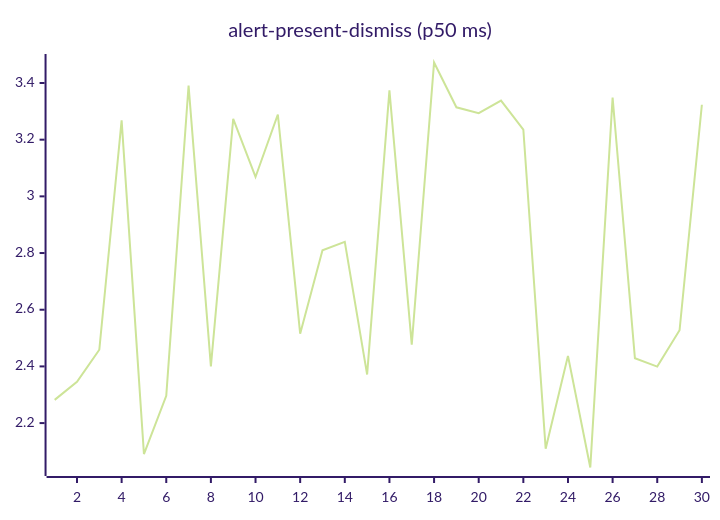
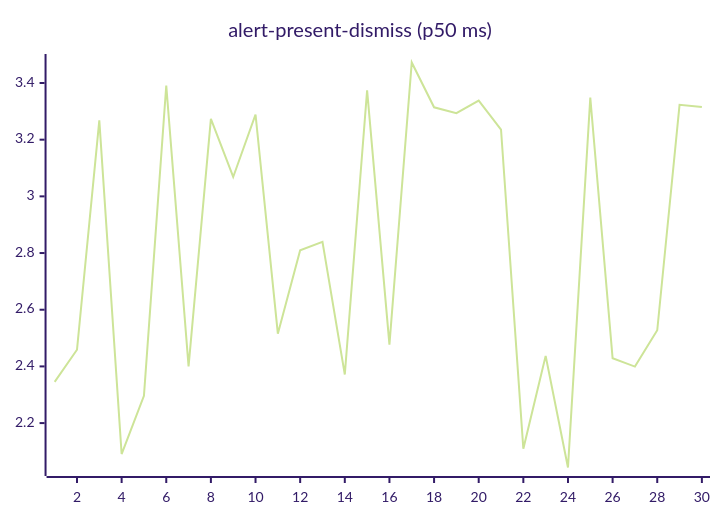
The second of 27 diagrams in README.md (josha/Facet), drawn with Mermaid (forest theme) before and after one commit. The commit also changed other lines of this file and 2 other files, not shown here.

````diff
--- a/README.md
+++ b/README.md
@@ -70,6 +70,6 @@
 ```mermaid
 xychart-beta
     title "alert-present-dismiss (p50 ms)"
     x-axis 1 --> 30
-    line [2.2819, 2.3455, 2.4588, 3.2682, 2.0908, 2.2965, 3.3910, 2.4000, 3.2732, 3.0684, 3.2888, 2.5156, 2.8095, 2.8395, 2.3714, 3.3741, 2.4770, 3.4723, 3.3142, 3.2934, 3.3378, 3.2358, 2.1094, 2.4372, 2.0433, 3.3486, 2.4287, 2.3992, 2.5276, 3.3233]
+    line [2.3455, 2.4588, 3.2682, 2.0908, 2.2965, 3.3910, 2.4000, 3.2732, 3.0684, 3.2888, 2.5156, 2.8095, 2.8395, 2.3714, 3.3741, 2.4770, 3.4723, 3.3142, 3.2934, 3.3378, 3.2358, 2.1094, 2.4372, 2.0433, 3.3486, 2.4287, 2.3992, 2.5276, 3.3233, 3.3156]
 ```
````
